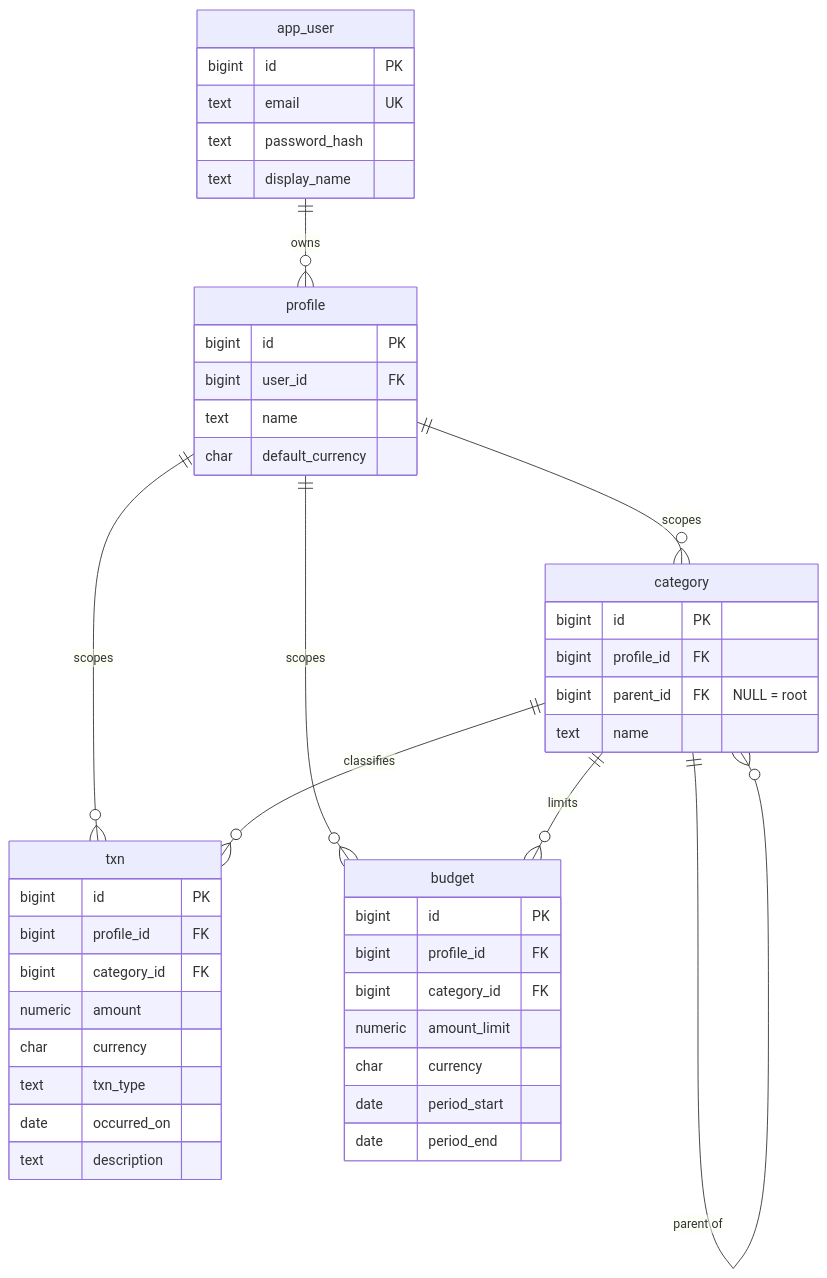
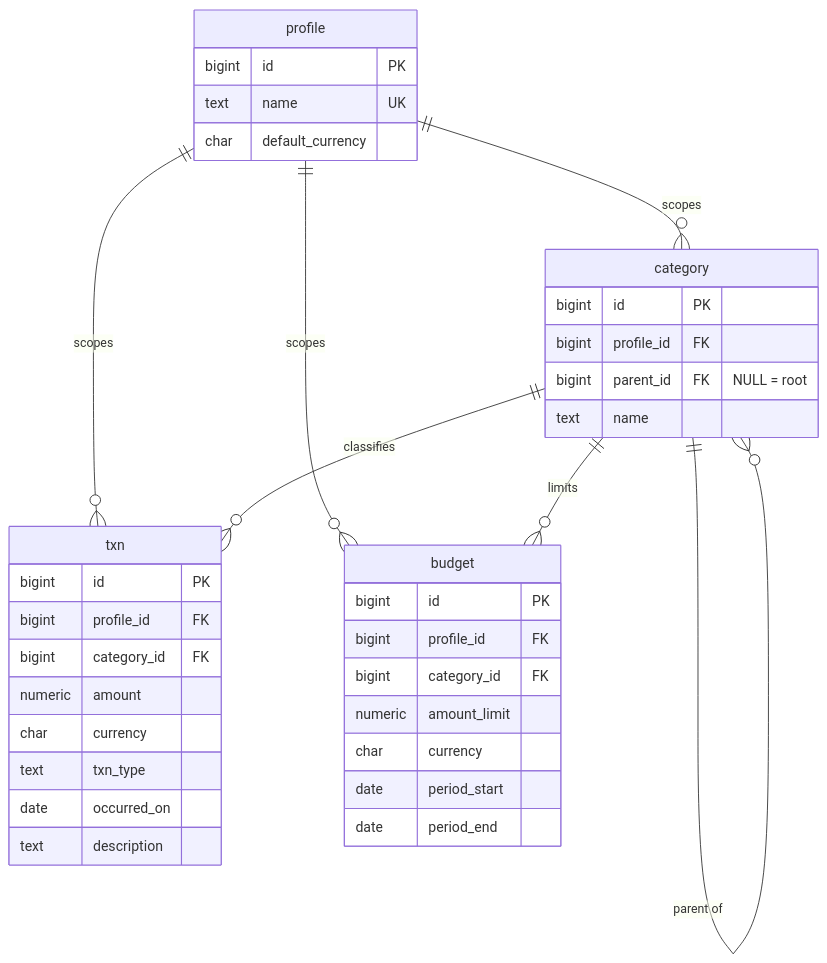
Before and after one commit to NoratanS/my-finance: the diagram in docs/SCHEMA.md, drawn with Mermaid. The commit also changed other lines of this file and 127 other files, not shown here.

````diff
--- a/docs/SCHEMA.md
+++ b/docs/SCHEMA.md
@@ -18,48 +18,40 @@
 ```mermaid
 erDiagram
-    app_user ||--o{ profile : owns
     profile  ||--o{ category : "scopes"
     profile  ||--o{ txn : "scopes"
     profile  ||--o{ budget : "scopes"
     category ||--o{ category : "parent of"
     category ||--o{ txn : "classifies"
     category ||--o{ budget : "limits"
 
-    app_user {
-        bigint id PK
-        text   email UK
-        text   password_hash
-        text   display_name
-    }
     profile {
         bigint id PK
-        bigint user_id FK
-        text   name
+        text   name UK
         char   default_currency
     }
     category {
         bigint id PK
         bigint profile_id FK
         bigint parent_id FK "NULL = root"
         text   name
     }
     txn {
         bigint  id PK
         bigint  profile_id FK
         bigint  category_id FK
         numeric amount
         char    currency
         text    txn_type
         date    occurred_on
         text    description
     }
     budget {
         bigint  id PK
         bigint  profile_id FK
         bigint  category_id FK
         numeric amount_limit
         char    currency
         date    period_start
         date    period_end
     }
 ```
````
